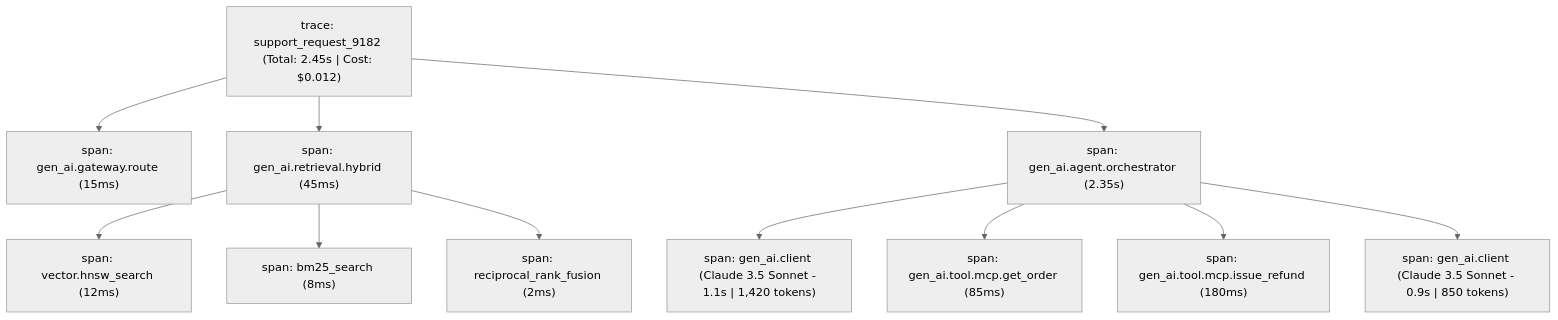
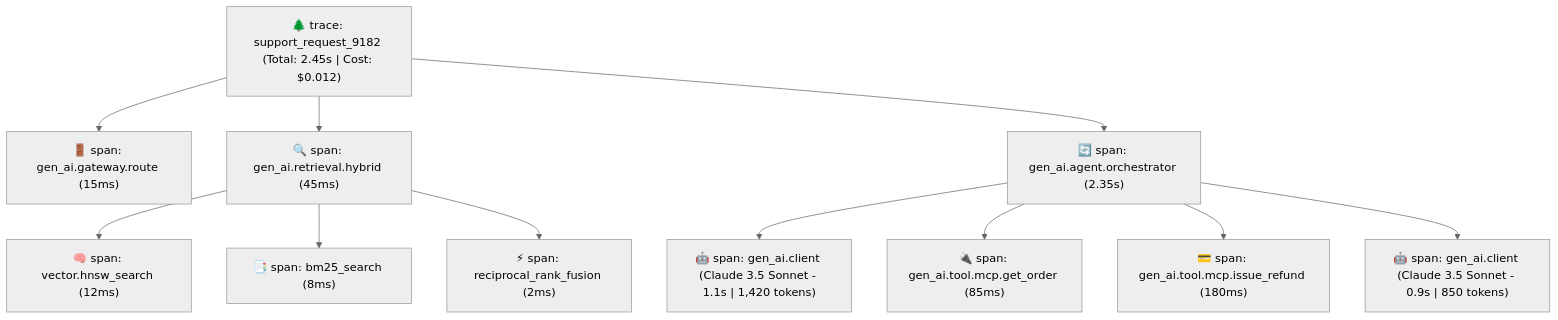
Before and after one commit to dip4k/senior-engineer-to-ai-engineer-roadmap: diagram 11 of 11 in ai-platform-and-agent-infrastructure-roadmap.md, drawn with Mermaid (neutral theme). The commit also changed other lines of this file and 94 other files, not shown here.

Commit message:
refactor(curriculum): complete Phase 04 upgrade and enforce diagram renderer invariants

````diff
--- a/ai-platform-and-agent-infrastructure-roadmap.md
+++ b/ai-platform-and-agent-infrastructure-roadmap.md
@@ -473,15 +471,15 @@
 ```mermaid
 flowchart TD
-    RootSpan["trace: support_request_9182 (Total: 2.45s | Cost: $0.012)"]
-    RootSpan --> SpanGW["span: gen_ai.gateway.route (15ms)"]
-    RootSpan --> SpanRAG["span: gen_ai.retrieval.hybrid (45ms)"]
-    SpanRAG --> SpanDense["span: vector.hnsw_search (12ms)"]
-    SpanRAG --> SpanSparse["span: bm25_search (8ms)"]
-    SpanRAG --> SpanRRF["span: reciprocal_rank_fusion (2ms)"]
+    RootSpan["🌲 trace: support_request_9182 (Total: 2.45s | Cost: $0.012)"]
+    RootSpan --> SpanGW["🚪 span: gen_ai.gateway.route (15ms)"]
+    RootSpan --> SpanRAG["🔍 span: gen_ai.retrieval.hybrid (45ms)"]
+    SpanRAG --> SpanDense["🧠 span: vector.hnsw_search (12ms)"]
+    SpanRAG --> SpanSparse["📑 span: bm25_search (8ms)"]
+    SpanRAG --> SpanRRF["⚡ span: reciprocal_rank_fusion (2ms)"]
     
-    RootSpan --> SpanOrch["span: gen_ai.agent.orchestrator (2.35s)"]
-    SpanOrch --> SpanLLM1["span: gen_ai.client (Claude 3.5 Sonnet - 1.1s | 1,420 tokens)"]
-    SpanOrch --> SpanTool1["span: gen_ai.tool.mcp.get_order (85ms)"]
-    SpanOrch --> SpanTool2["span: gen_ai.tool.mcp.issue_refund (180ms)"]
-    SpanOrch --> SpanLLM2["span: gen_ai.client (Claude 3.5 Sonnet - 0.9s | 850 tokens)"]
+    RootSpan --> SpanOrch["🔄 span: gen_ai.agent.orchestrator (2.35s)"]
+    SpanOrch --> SpanLLM1["🤖 span: gen_ai.client (Claude 3.5 Sonnet - 1.1s | 1,420 tokens)"]
+    SpanOrch --> SpanTool1["🔌 span: gen_ai.tool.mcp.get_order (85ms)"]
+    SpanOrch --> SpanTool2["💳 span: gen_ai.tool.mcp.issue_refund (180ms)"]
+    SpanOrch --> SpanLLM2["🤖 span: gen_ai.client (Claude 3.5 Sonnet - 0.9s | 850 tokens)"]
 ```
````
